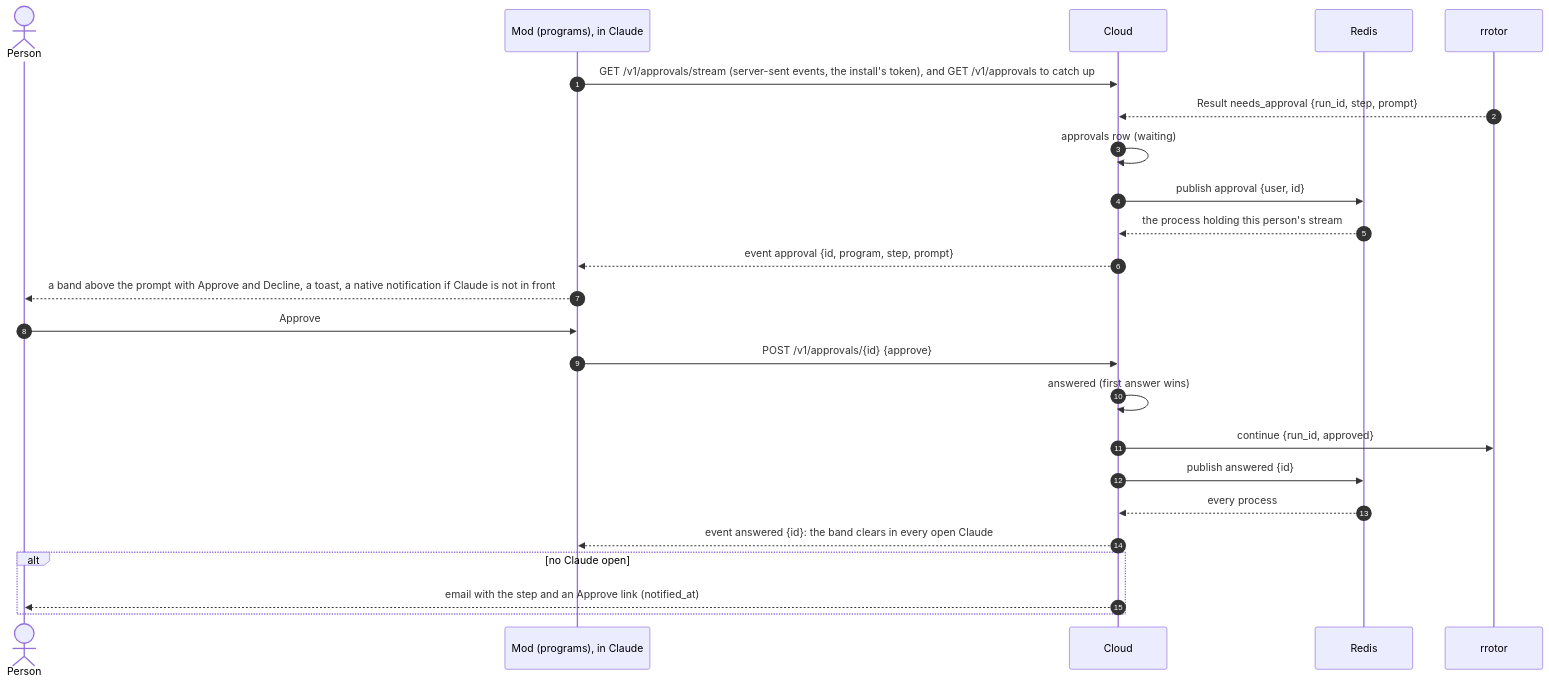
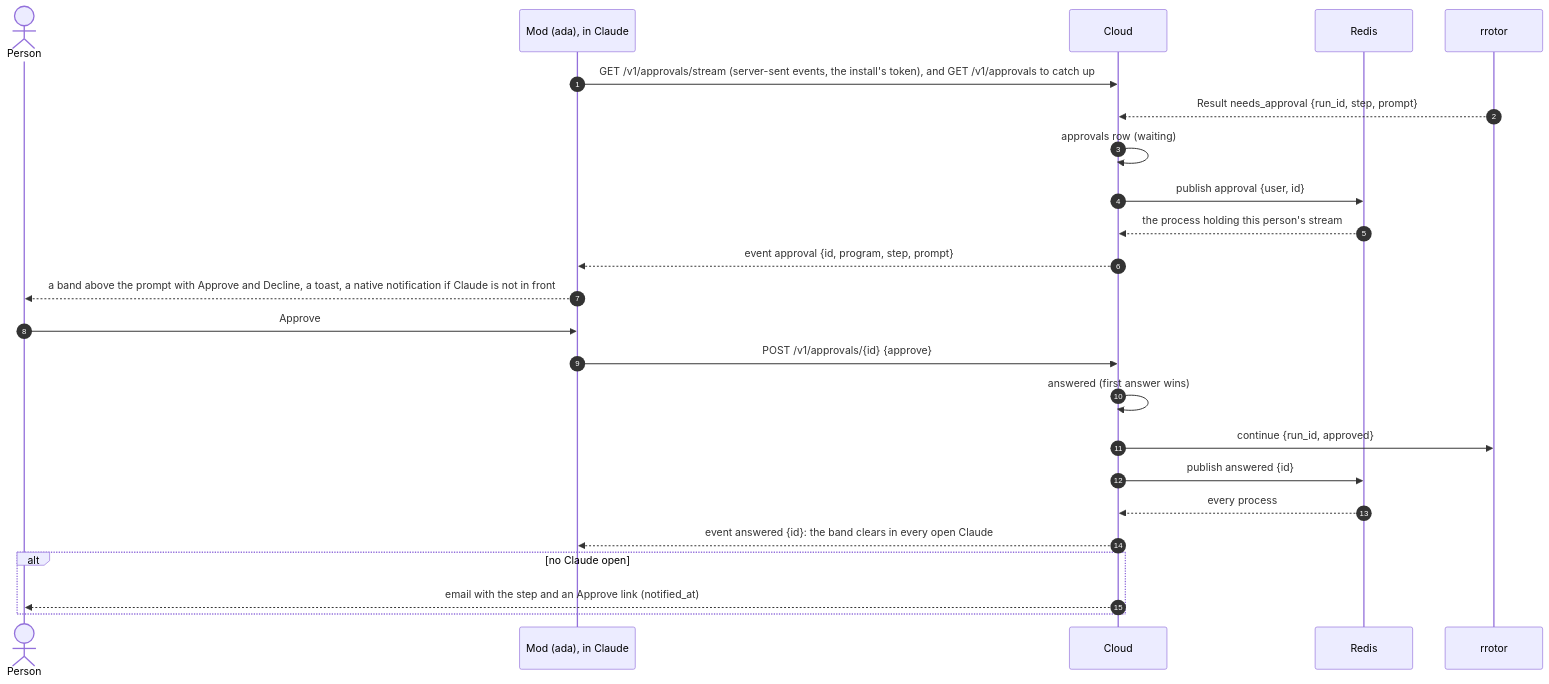
One commit to glyphh-ai/rrotor changed the tenth of 13 diagrams in docs/architecture.md. Above: the diagram before and after it, drawn with Mermaid. The commit also changed other lines of this file and 13 other files, not shown here.

First line of the commit message:
Programs and Gateway go; rrotor is Ada's runtime

````diff
--- a/docs/architecture.md
+++ b/docs/architecture.md
@@ -365,26 +366,26 @@
 ```mermaid
 sequenceDiagram
     autonumber
     actor P as Person
-    participant M as Mod (programs), in Claude
+    participant M as Mod (ada), in Claude
     participant G as Cloud
     participant Q as Redis
     participant H as rrotor
     M->>G: GET /v1/approvals/stream (server-sent events, the install's token), and GET /v1/approvals to catch up
     H-->>G: Result needs_approval {run_id, step, prompt}
     G->>G: approvals row (waiting)
     G->>Q: publish approval {user, id}
     Q-->>G: the process holding this person's stream
     G-->>M: event approval {id, program, step, prompt}
     M-->>P: a band above the prompt with Approve and Decline, a toast, a native notification if Claude is not in front
     P->>M: Approve
     M->>G: POST /v1/approvals/{id} {approve}
     G->>G: answered (first answer wins)
     G->>H: continue {run_id, approved}
     G->>Q: publish answered {id}
     Q-->>G: every process
     G-->>M: event answered {id}: the band clears in every open Claude
     alt no Claude open
         G-->>P: email with the step and an Approve link (notified_at)
     end
 ```
````
